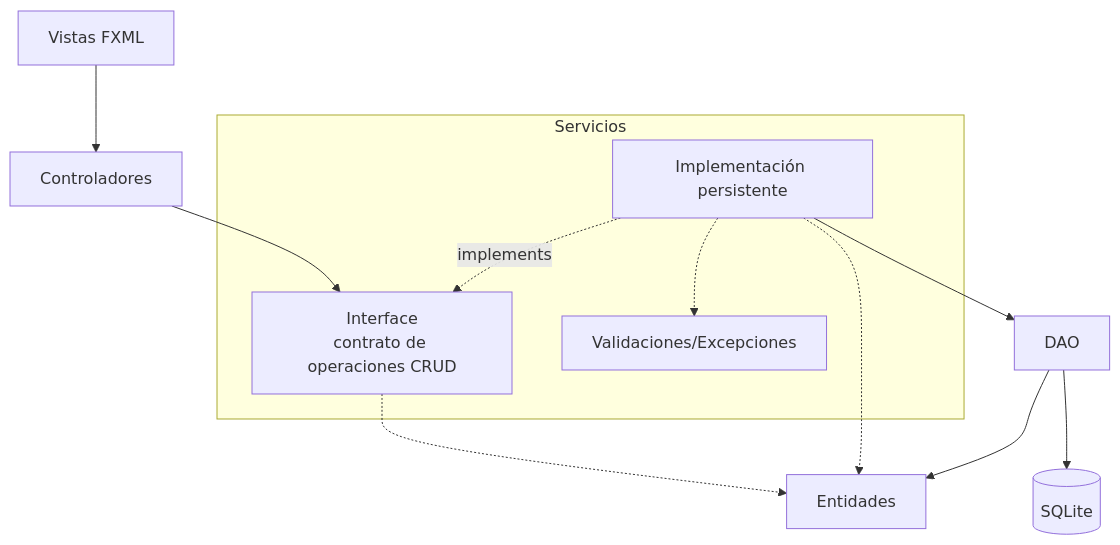
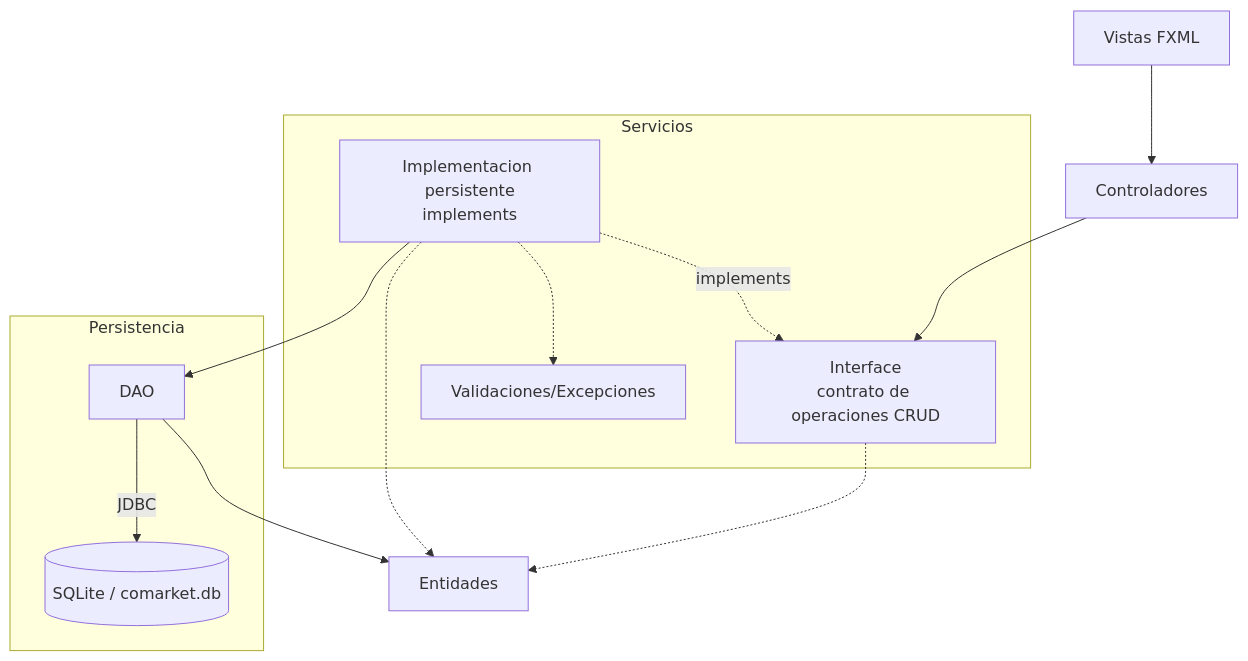
Before and after one commit to 262poo/comarket: the diagram in docs/S13_Proyecto_Integrador_Ensamblaje.md, drawn with Mermaid. The commit also changed other lines of this file and 17 other files, not shown here.

````diff
--- a/docs/S13_Proyecto_Integrador_Ensamblaje.md
+++ b/docs/S13_Proyecto_Integrador_Ensamblaje.md
@@ -50,24 +58,28 @@
 ```mermaid
 flowchart TB
     Vista["Vistas FXML"]
     Controladores["Controladores"]
+
     subgraph Servicios["Servicios"]
         Contrato["Interface<br/>contrato de operaciones CRUD"]
-        Implementacion["Implementación persistente"]
+        Implementacion["Implementacion persistente<br/>implements"]
         Validaciones["Validaciones/Excepciones"]
     end
 
     Entidades["Entidades"]
-    DAO["DAO"]
-    SQLite[("SQLite")]
+
+    subgraph Persistencia["Persistencia"]
+        DAO["DAO"]
+        SQLite[("SQLite / comarket.db")]
+    end
 
     Vista --> Controladores
     Controladores --> Contrato
     Implementacion -. implements .-> Contrato
     Contrato -.-> Entidades
     Implementacion -.-> Entidades
     Implementacion -.-> Validaciones
     Implementacion --> DAO
     DAO --> Entidades
-    DAO --> SQLite
+    DAO -->|"JDBC"| SQLite
 ```
````
